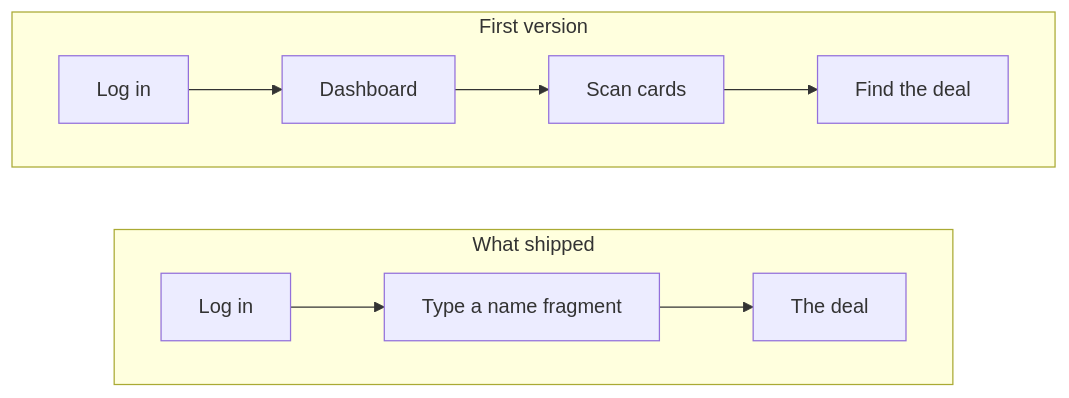
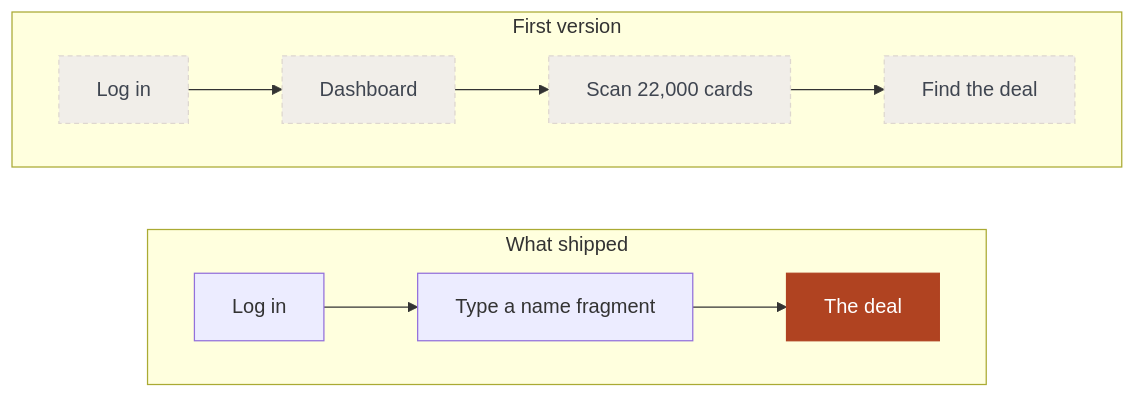
One commit to hbarsky00/barsky-design-canvas changed the diagram in docs/diagrams/investor-loan-app/first-move.mmd. Above: the diagram before and after it, drawn with Mermaid. The commit also changed 53 other files, not shown here.

First line of the commit message:
Redraw every diagram so they read at 1:1 and stop looking like one template

```diff
--- a/docs/diagrams/investor-loan-app/first-move.mmd
+++ b/docs/diagrams/investor-loan-app/first-move.mmd
@@ -1,9 +1,15 @@
 flowchart LR
+  classDef old fill:#F1EEE9,stroke:#DED7CF,color:#3F4550,stroke-dasharray:4 3
+  classDef gate fill:#B04321,stroke:#B04321,color:#FFFFFF
+  classDef out fill:#FBFAF8,stroke:#DED7CF,color:#3F4550,stroke-dasharray:4 3
+  classDef ai fill:#FFFFFF,stroke:#3F4550,color:#231E1A
   subgraph V2[What shipped]
     direction LR
     b1[Log in] --> b2[Type a name fragment] --> b3[The deal]
   end
   subgraph V1[First version]
     direction LR
-    a1[Log in] --> a2[Dashboard] --> a3[Scan cards] --> a4[Find the deal]
+    a1[Log in] --> a2[Dashboard] --> a3[Scan 22,000 cards] --> a4[Find the deal]
   end
+  class a1,a2,a3,a4 old
+  class b3 gate
```
